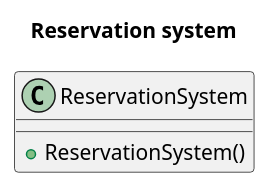
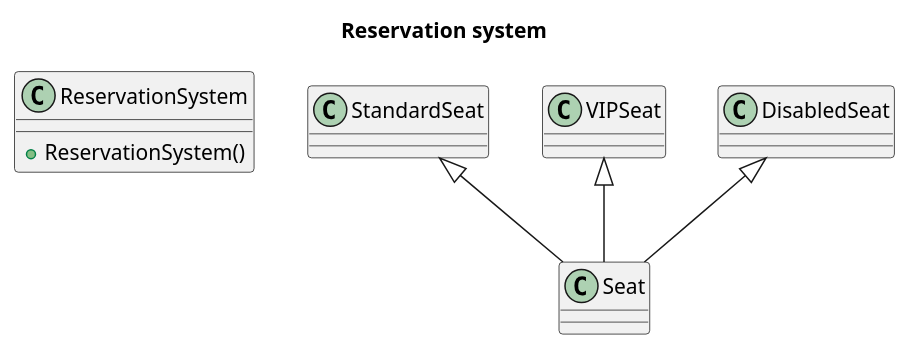
Before and after one commit to anraf1001/reservation-system: the diagram in reservation-system.plantuml, drawn with PlantUML. The commit also changed 1 other file, not shown here.

Commit message:
UML updated

```diff
--- a/reservation-system.plantuml
+++ b/reservation-system.plantuml
@@ -1,11 +1,31 @@
 @startuml Reservation system
 
 title
 Reservation system
 end title
 
 class ReservationSystem {
     +ReservationSystem()
 }
 
+class Seat {
+
+}
+
+class StandardSeat {
+
+}
+
+class VIPSeat {
+
+}
+
+class DisabledSeat {
+
+}
+
+StandardSeat <|-- Seat
+VIPSeat <|-- Seat
+DisabledSeat <|-- Seat
+
 @enduml
```
